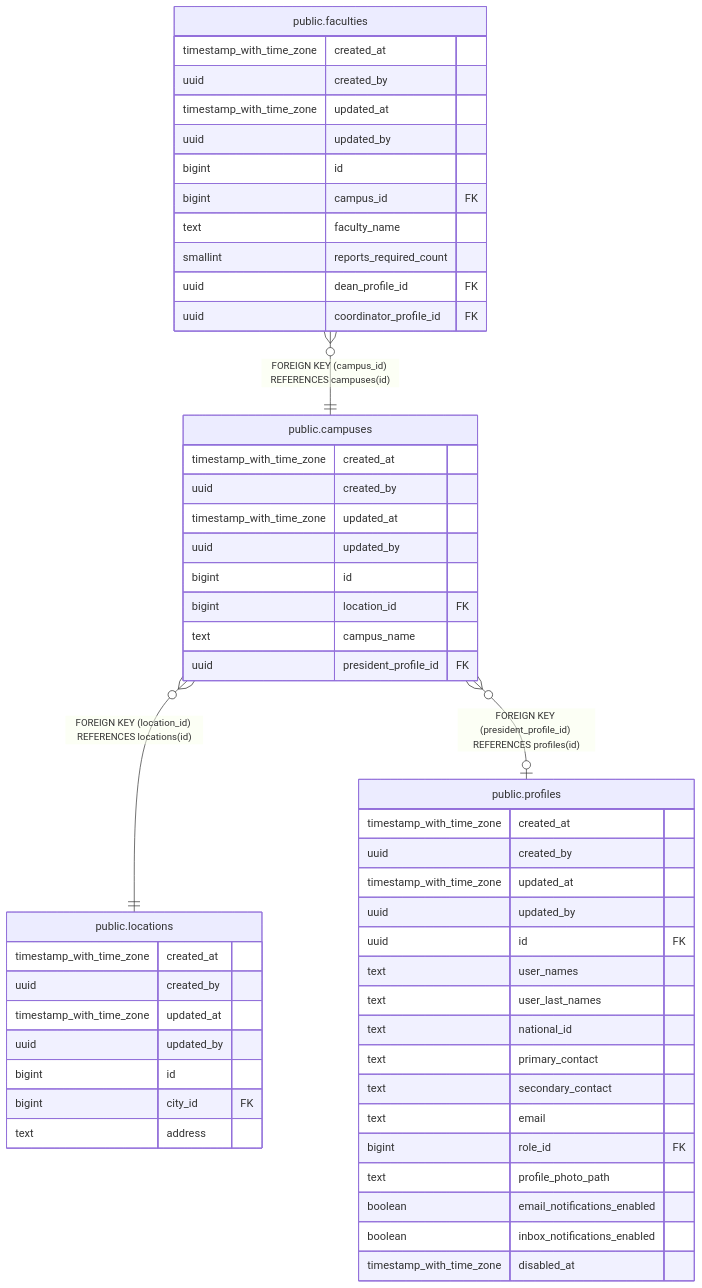
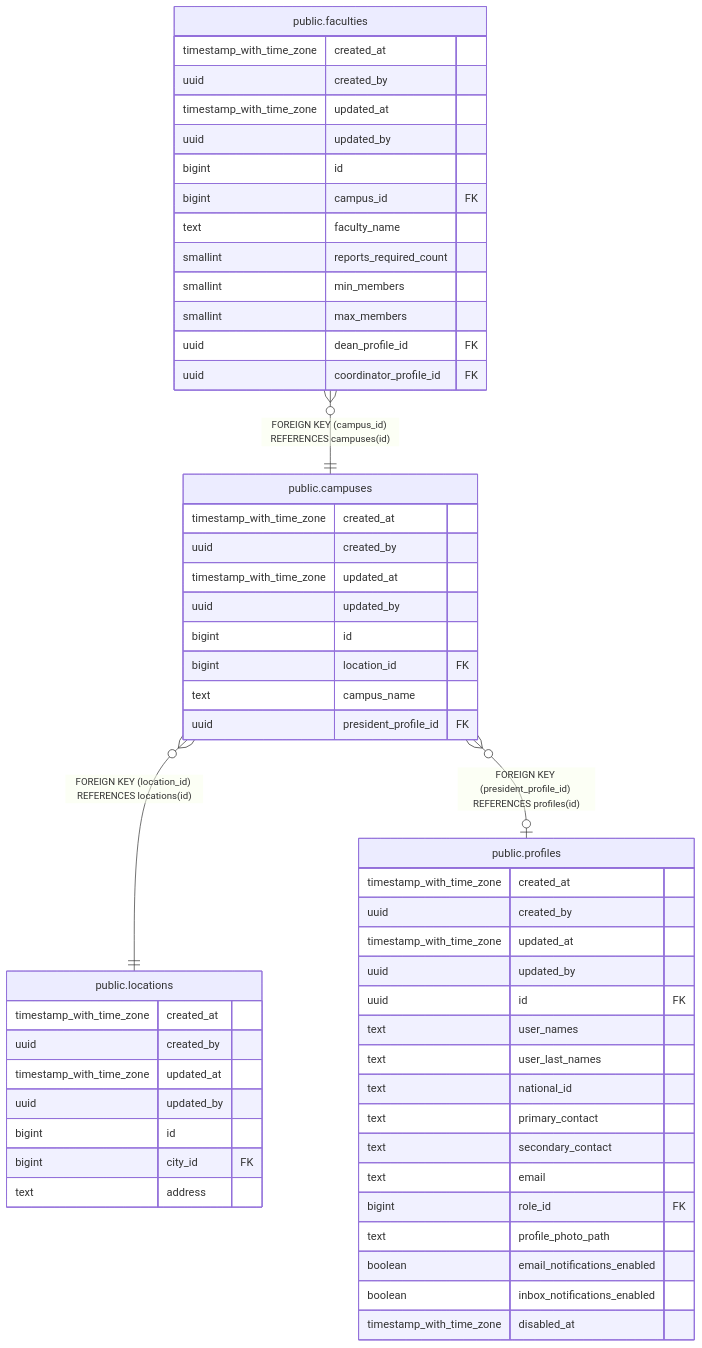
Before and after one commit to icristianhernandez/academic-service-backend: the diagram in docs/db/tbls/public.campuses.md, drawn with Mermaid. The commit also changed 15 other files, not shown here.

````diff
--- a/docs/db/tbls/public.campuses.md
+++ b/docs/db/tbls/public.campuses.md
@@ -43,57 +43,59 @@
 ```mermaid
 erDiagram
 
 "public.faculties" }o--|| "public.campuses" : "FOREIGN KEY (campus_id) REFERENCES campuses(id)"
 "public.campuses" }o--|| "public.locations" : "FOREIGN KEY (location_id) REFERENCES locations(id)"
 "public.campuses" }o--o| "public.profiles" : "FOREIGN KEY (president_profile_id) REFERENCES profiles(id)"
 
 "public.campuses" {
   timestamp_with_time_zone created_at ""
   uuid created_by ""
   timestamp_with_time_zone updated_at ""
   uuid updated_by ""
   bigint id ""
   bigint location_id FK ""
   text campus_name ""
   uuid president_profile_id FK ""
 }
 "public.faculties" {
   timestamp_with_time_zone created_at ""
   uuid created_by ""
   timestamp_with_time_zone updated_at ""
   uuid updated_by ""
   bigint id ""
   bigint campus_id FK ""
   text faculty_name ""
   smallint reports_required_count ""
+  smallint min_members ""
+  smallint max_members ""
   uuid dean_profile_id FK ""
   uuid coordinator_profile_id FK ""
 }
 "public.locations" {
   timestamp_with_time_zone created_at ""
   uuid created_by ""
   timestamp_with_time_zone updated_at ""
   uuid updated_by ""
   bigint id ""
   bigint city_id FK ""
   text address ""
 }
 "public.profiles" {
   timestamp_with_time_zone created_at ""
   uuid created_by ""
   timestamp_with_time_zone updated_at ""
   uuid updated_by ""
   uuid id FK ""
   text user_names ""
   text user_last_names ""
   text national_id ""
   text primary_contact ""
   text secondary_contact ""
   text email ""
   bigint role_id FK ""
   text profile_photo_path ""
   boolean email_notifications_enabled ""
   boolean inbox_notifications_enabled ""
   timestamp_with_time_zone disabled_at ""
 }
 ```
````
